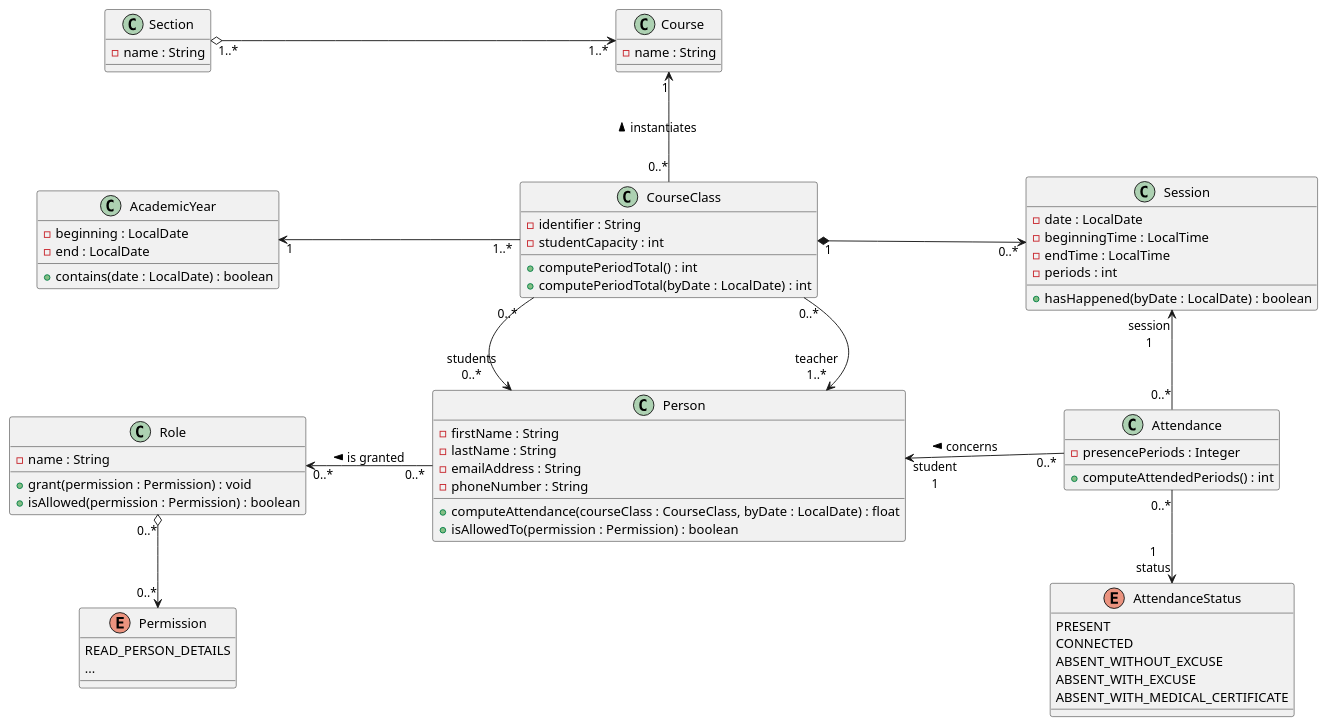
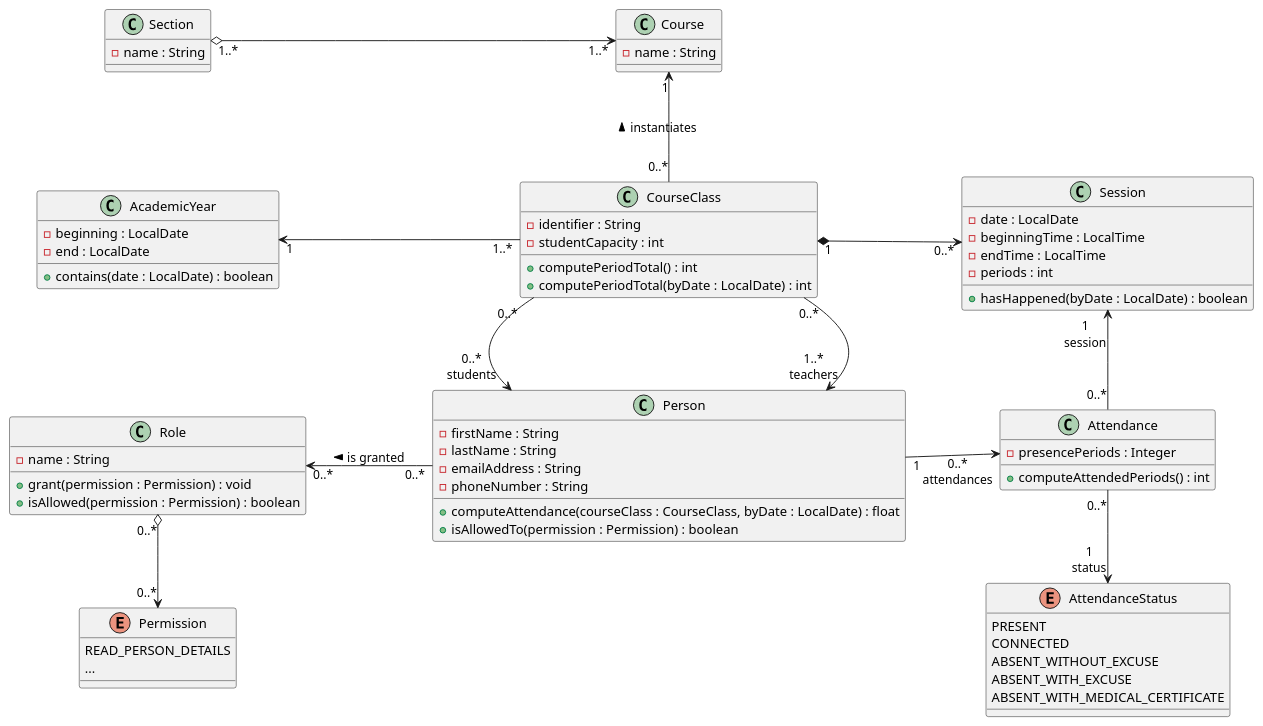
Before and after one commit to EAFC-Uccle-PROJINT-A1-2122/backend-projet-froland: the diagram in demo-course_attendance.puml, drawn with PlantUML. The commit also changed other lines of this file and 3 other files, not shown here.

```diff
--- a/demo-course_attendance.puml
+++ b/demo-course_attendance.puml
@@ -1,69 +1,69 @@
 @startuml conception_classes
 left to right direction
 skinparam nodesep 100
 
 class Section {
   -name : String
 }
 class Course {
   -name : String
 }
 class AcademicYear {
   -beginning : LocalDate
   -end : LocalDate
   +contains(date : LocalDate) : boolean
 }
 enum Permission {
   READ_PERSON_DETAILS
   ...
 }
 class Role {
   -name : String
   +grant(permission : Permission) : void
   +isAllowed(permission : Permission) : boolean
 }
 class Person {
   -firstName : String
   -lastName : String
   -emailAddress : String
   -phoneNumber : String
   +computeAttendance(courseClass : CourseClass, byDate : LocalDate) : float
   +isAllowedTo(permission : Permission) : boolean
 }
 class Session {
   -date : LocalDate
   -beginningTime : LocalTime
   -endTime : LocalTime
   -periods : int
   +hasHappened(byDate : LocalDate) : boolean
 }
 class Attendance {
   -presencePeriods : Integer
   +computeAttendedPeriods() : int
 }
 enum AttendanceStatus {
   PRESENT
   CONNECTED
   ABSENT_WITHOUT_EXCUSE
   ABSENT_WITH_EXCUSE
   ABSENT_WITH_MEDICAL_CERTIFICATE
 }
 class CourseClass {
   -identifier : String
   -studentCapacity : int
   +computePeriodTotal() : int
   +computePeriodTotal(byDate : LocalDate) : int
 }
 
 Section "1..*" o--> "1..*" Course
 Course "1" <- "0..*" CourseClass : instantiates <
 AcademicYear "1" <-- "1..*" CourseClass
-CourseClass "0..*" -> "teacher\n1..*" Person
-CourseClass "0..*" -> "students\n0..*" Person
+CourseClass "0..*" -> "1..*\nteachers" Person
+CourseClass "0..*" -> "0..*\nstudents" Person
 CourseClass "1" *--> "0..*" Session
 Role "0..*" <-- "0..*" Person : is granted <
 Role "0..*" o-> "0..*" Permission
-Person "student\n1" <- "0..*" Attendance : concerns <
-Session "session\n1" <- "0..*" Attendance
+Person "1" --> "0..*\nattendances" Attendance
+Session "1\nsession" <- "0..*" Attendance
 Attendance "0..*" -> "1\nstatus" AttendanceStatus
 @enduml
```
